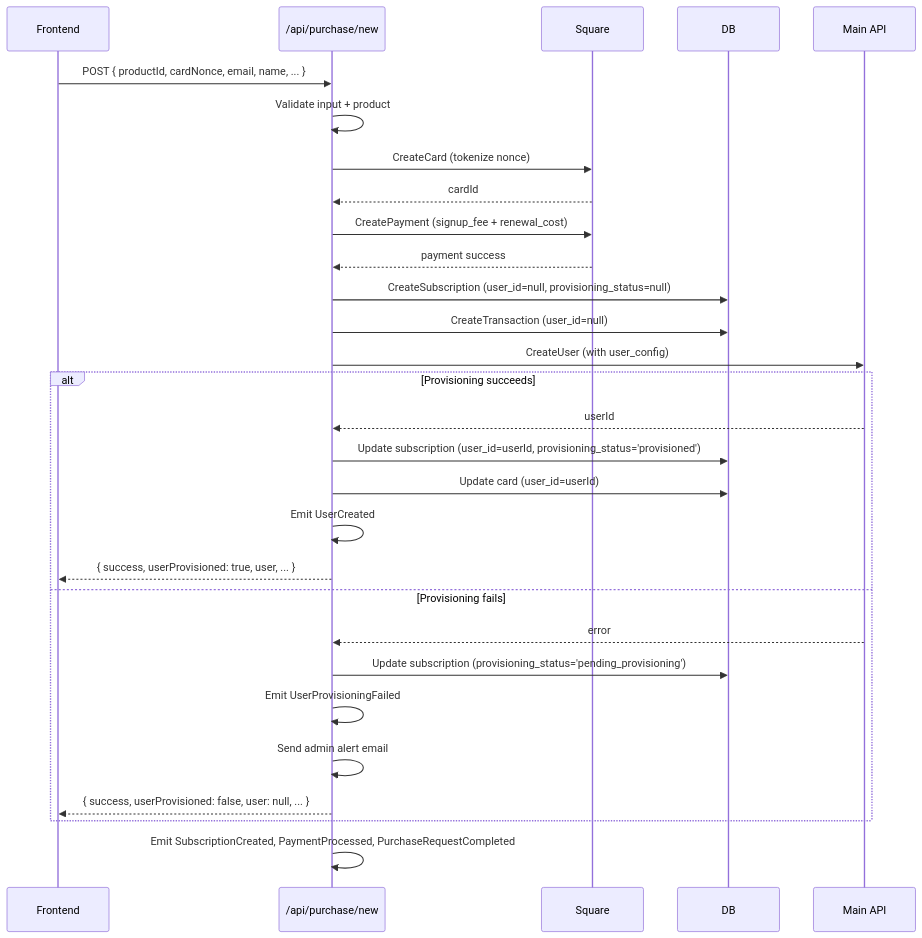
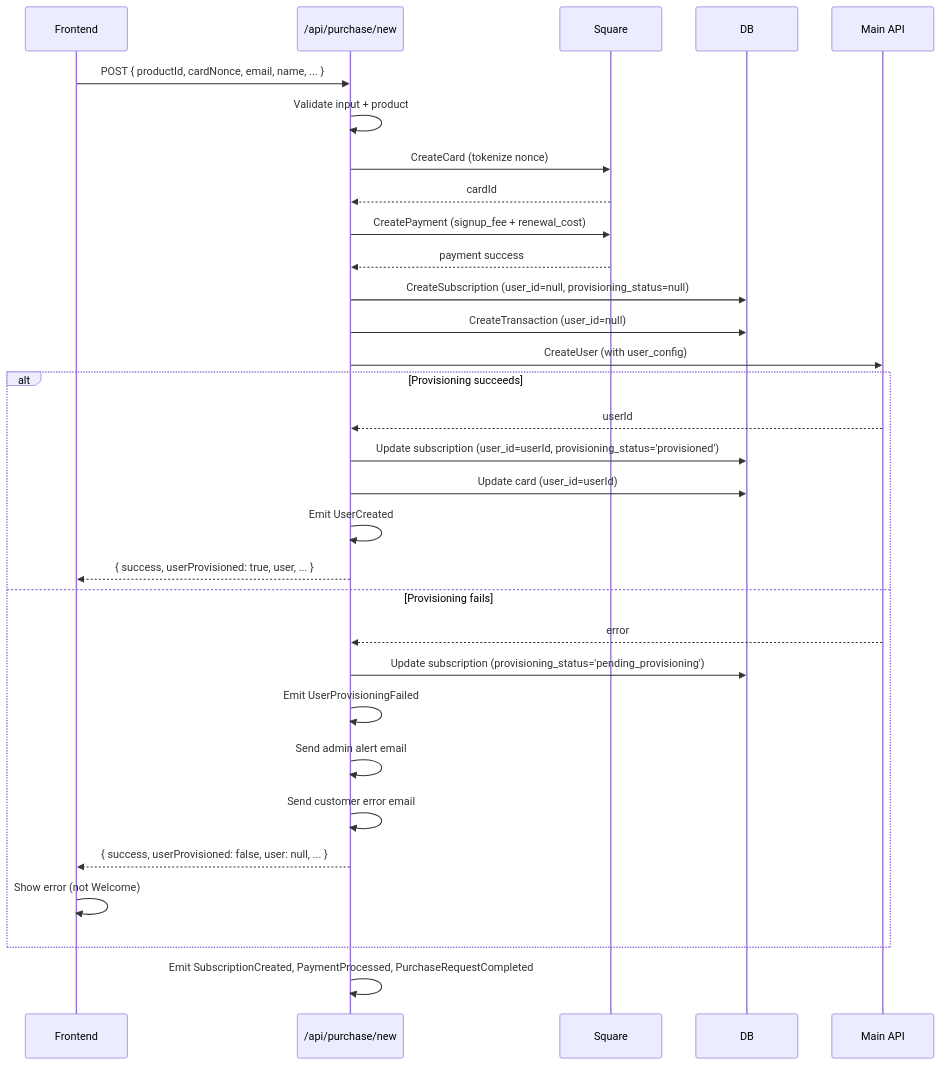
One commit to DBMGrow/cashoffers-billing changed the first of 2 diagrams in docs/system/data-flows/purchase-flow.md. Above: the diagram before and after it, drawn with Mermaid. The commit also changed other lines of this file and 42 other files, not shown here.

````diff
--- a/docs/system/data-flows/purchase-flow.md
+++ b/docs/system/data-flows/purchase-flow.md
@@ -9,32 +9,34 @@
 ```mermaid
 sequenceDiagram
   participant FE as Frontend
   participant API as /api/purchase/new
   participant Square
   participant DB
   participant MainAPI as Main API
 
   FE->>API: POST { productId, cardNonce, email, name, ... }
   API->>API: Validate input + product
   API->>Square: CreateCard (tokenize nonce)
   Square-->>API: cardId
   API->>Square: CreatePayment (signup_fee + renewal_cost)
   Square-->>API: payment success
   API->>DB: CreateSubscription (user_id=null, provisioning_status=null)
   API->>DB: CreateTransaction (user_id=null)
   API->>MainAPI: CreateUser (with user_config)
   alt Provisioning succeeds
     MainAPI-->>API: userId
     API->>DB: Update subscription (user_id=userId, provisioning_status='provisioned')
     API->>DB: Update card (user_id=userId)
     API->>API: Emit UserCreated
     API-->>FE: { success, userProvisioned: true, user, ... }
   else Provisioning fails
     MainAPI-->>API: error
     API->>DB: Update subscription (provisioning_status='pending_provisioning')
     API->>API: Emit UserProvisioningFailed
     API->>API: Send admin alert email
+    API->>API: Send customer error email
     API-->>FE: { success, userProvisioned: false, user: null, ... }
+    FE->>FE: Show error (not Welcome)
   end
   API->>API: Emit SubscriptionCreated, PaymentProcessed, PurchaseRequestCompleted
 ```
````
